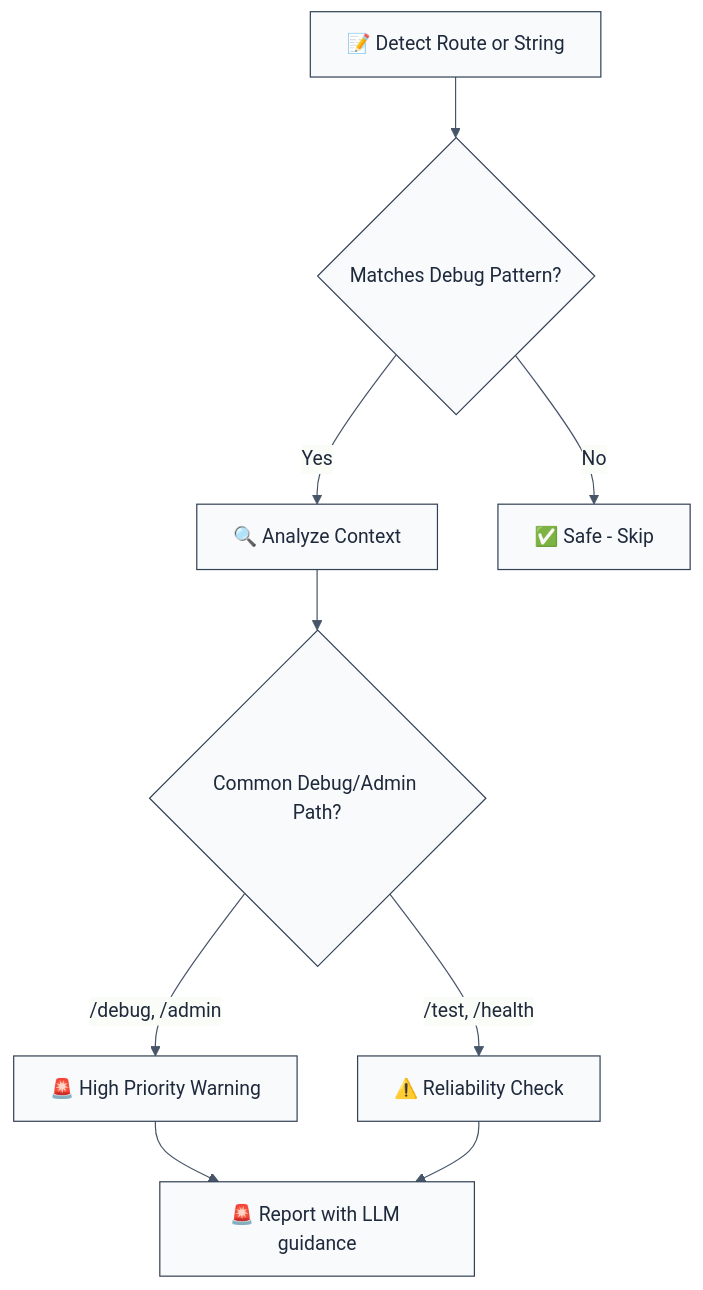
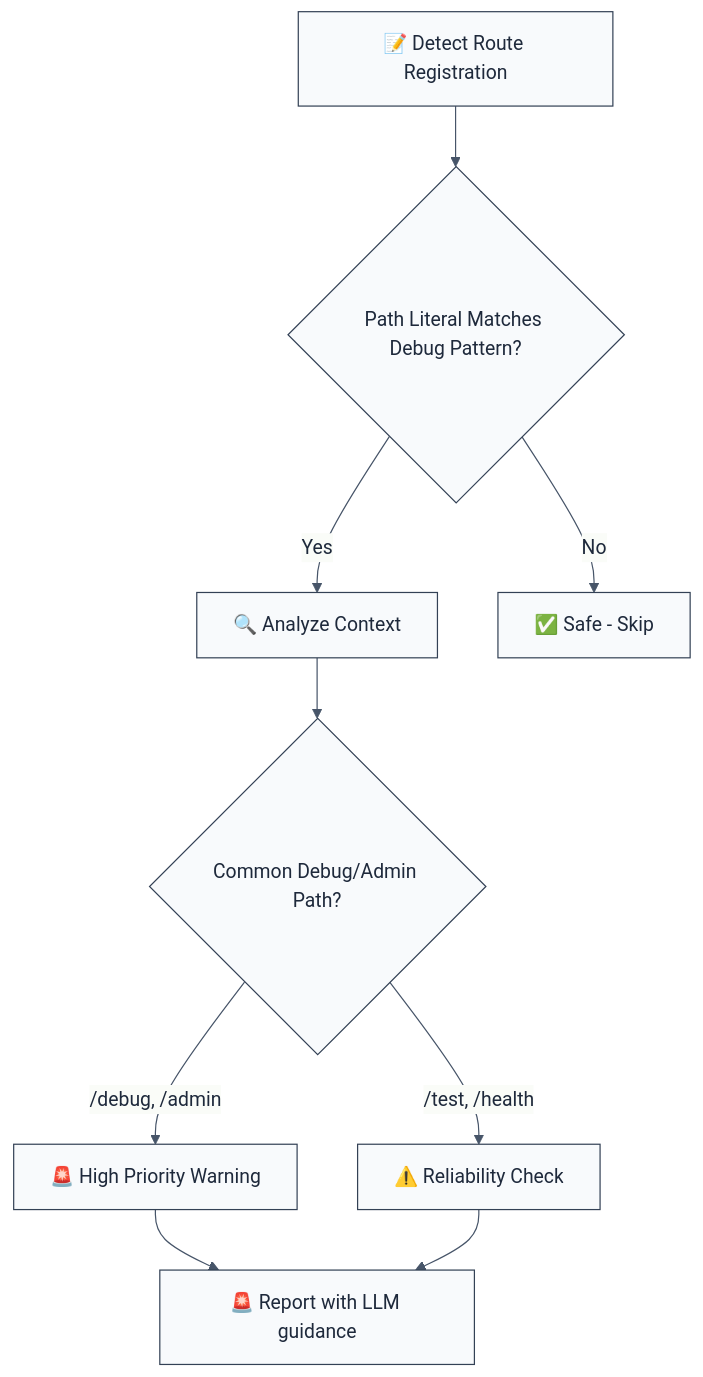
One commit to ofri-peretz/eslint changed the diagram in apps/docs/content/docs/security/plugin-express-security/rules/no-exposed-debug-endpoints.mdx. Above: the diagram before and after it, drawn with Mermaid. The commit also changed other lines of this file and 462 other files, not shown here.

````diff
--- a/apps/docs/content/docs/security/plugin-express-security/rules/no-exposed-debug-endpoints.mdx
+++ b/apps/docs/content/docs/security/plugin-express-security/rules/no-exposed-debug-endpoints.mdx
@@ -52,27 +50,27 @@
 ```mermaid
 %%{init: {
   'theme': 'base',
   'themeVariables': {
     'primaryColor': '#f8fafc',
     'primaryTextColor': '#1e293b',
     'primaryBorderColor': '#334155',
     'lineColor': '#475569',
     'c0': '#f8fafc',
     'c1': '#f1f5f9',
     'c2': '#e2e8f0',
     'c3': '#cbd5e1'
   }
 }}%%
 flowchart TD
-    A["📝 Detect Route or String"] --> B{"Matches Debug Pattern?"}
+    A["📝 Detect Route Registration"] --> B{"Path Literal Matches Debug Pattern?"}
     B -->|Yes| C["🔍 Analyze Context"]
     B -->|No| D["✅ Safe - Skip"]
 
     C --> E{"Common Debug/Admin Path?"}
     E -->|/debug, /admin| F["🚨 High Priority Warning"]
     E -->|/test, /health| G["⚠️ Reliability Check"]
 
     F --> H["🚨 Report with LLM guidance"]
     G --> H
 
 ```
````
